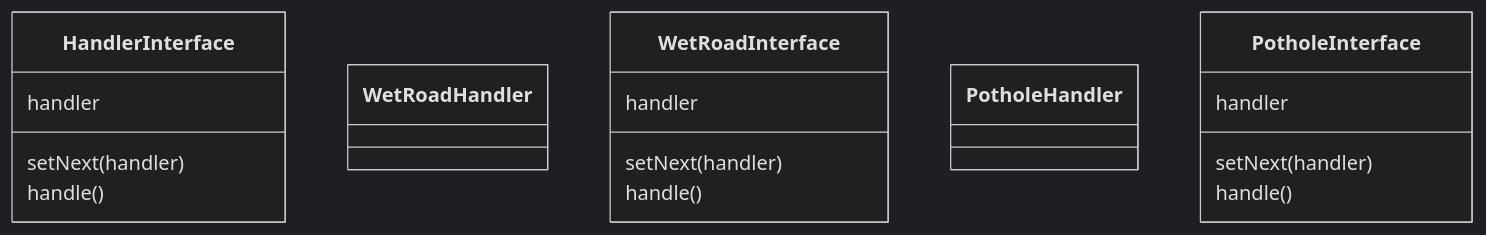
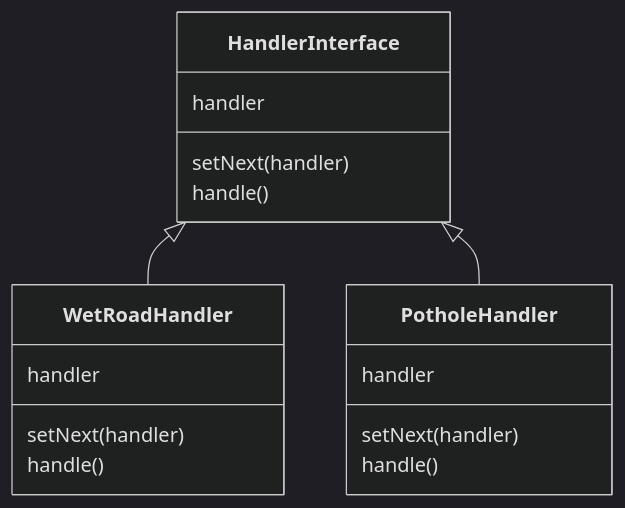
Before and after one commit to Dutesier/BehavioralDesignPatterns: the diagram in ChainOfResponsibility/Readme.md, drawn with Mermaid (dark theme). The commit also changed other lines of this file and 3 other files, not shown here.

````diff
--- a/ChainOfResponsibility/Readme.md
+++ b/ChainOfResponsibility/Readme.md
@@ -5,15 +6,20 @@
 ```mermaid
 classDiagram
 class HandlerInterface
 HandlerInterface    :   handler
 HandlerInterface    :   setNext(handler)
 HandlerInterface    :   handle()
+
 class WetRoadHandler
-WetRoadInterface    :   handler
-WetRoadInterface    :   setNext(handler)
-WetRoadInterface    :   handle()
+WetRoadHandler    :   handler
+WetRoadHandler    :   setNext(handler)
+WetRoadHandler    :   handle()
+
 class PotholeHandler
-PotholeInterface    :   handler
-PotholeInterface    :   setNext(handler)
-PotholeInterface    :   handle()
+PotholeHandler    :   handler
+PotholeHandler    :   setNext(handler)
+PotholeHandler    :   handle()
+
+HandlerInterface    <|-- WetRoadHandler
+HandlerInterface    <|-- PotholeHandler
 ```
````
